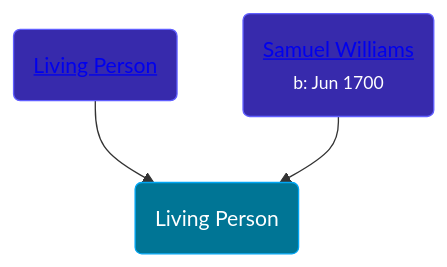
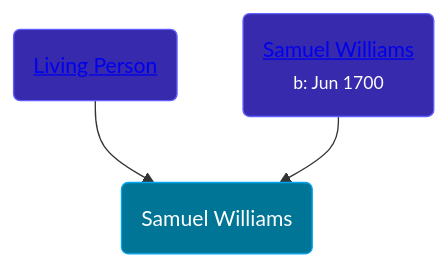
Before and after one commit to wpmgotkh/wpmgotkh.github.io: the diagram in pages/people/5/55971024.md, drawn with Mermaid. The commit also changed other lines of this file and 586 other files, not shown here.

Commit message:
feat: better shouldConsiderPersonLiving algo

````diff
--- a/pages/people/5/55971024.md
+++ b/pages/people/5/55971024.md
@@ -10,9 +10,9 @@
 ```mermaid
 graph
 classDef grands fill:#193cb8,stroke:#2b7fff,stroke-width:1px,color:#fff;
 classDef parents fill:#372aac,stroke:#615fff,stroke-width:1px,color:#fff;
 classDef primary fill:#007595,stroke:#00a6f4,stroke-width:1px,color:#fff;
-55971024(Living Person):::primary
+55971024(Samuel Williams):::primary
 27215076(<a class="text-white" href="/people/2/27215076">Living Person</a>):::parents-->55971024
 90108080(<a class="text-white" href="/people/9/90108080">Samuel Williams</a><br /><small>b: Jun 1700</small>):::parents-->55971024
 ```
````
